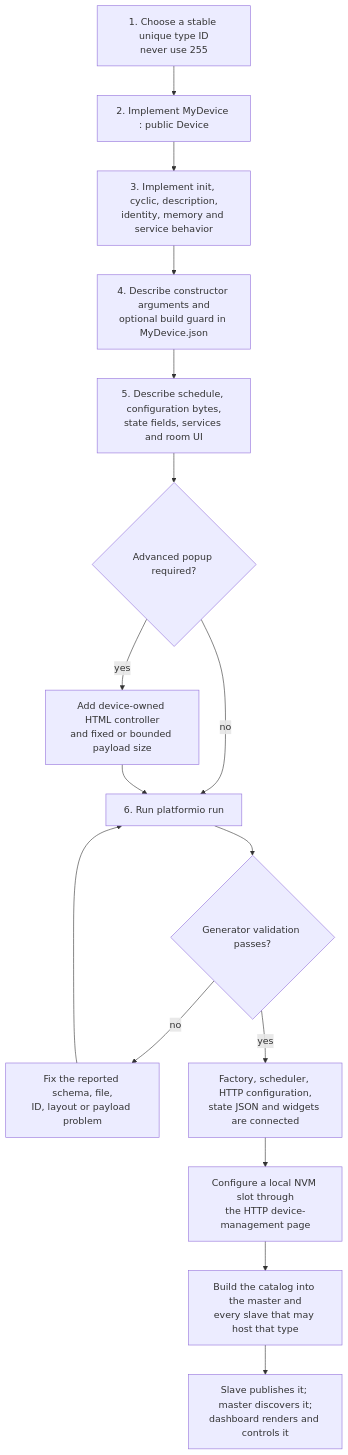
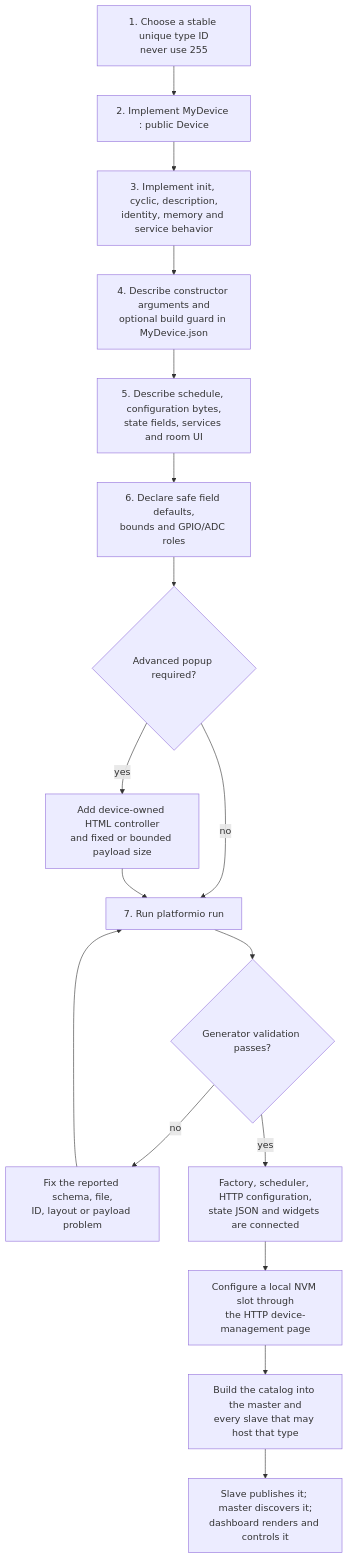
The ninth of 9 diagrams in ARCHITECTURE.md (kubabec/HomeControlStation), drawn with Mermaid before and after one commit. The commit also changed other lines of this file and 58 other files, not shown here.

````diff
--- a/ARCHITECTURE.md
+++ b/ARCHITECTURE.md
@@ -319,18 +361,19 @@
 ```mermaid
 flowchart TD
     A["1. Choose a stable unique type ID<br/>never use 255"] --> B["2. Implement MyDevice : public Device"]
     B --> C["3. Implement init, cyclic, description,<br/>identity, memory and service behavior"]
     C --> D["4. Describe constructor arguments and<br/>optional build guard in MyDevice.json"]
     D --> E["5. Describe schedule, configuration bytes,<br/>state fields, services and room UI"]
-    E --> F{"Advanced popup required?"}
-    F -- no --> G["6. Run platformio run"]
+    E --> E2["6. Declare safe field defaults,<br/>bounds and GPIO/ADC roles"]
+    E2 --> F{"Advanced popup required?"}
+    F -- no --> G["7. Run platformio run"]
     F -- yes --> H["Add device-owned HTML controller<br/>and fixed or bounded payload size"]
     H --> G
     G --> I{"Generator validation passes?"}
     I -- no --> J["Fix the reported schema, file,<br/>ID, layout or payload problem"]
     J --> G
     I -- yes --> K["Factory, scheduler, HTTP configuration,<br/>state JSON and widgets are connected"]
     K --> L["Configure a local NVM slot through<br/>the HTTP device-management page"]
     L --> M["Build the catalog into the master and<br/>every slave that may host that type"]
     M --> N["Slave publishes it; master discovers it;<br/>dashboard renders and controls it"]
 ```
````
